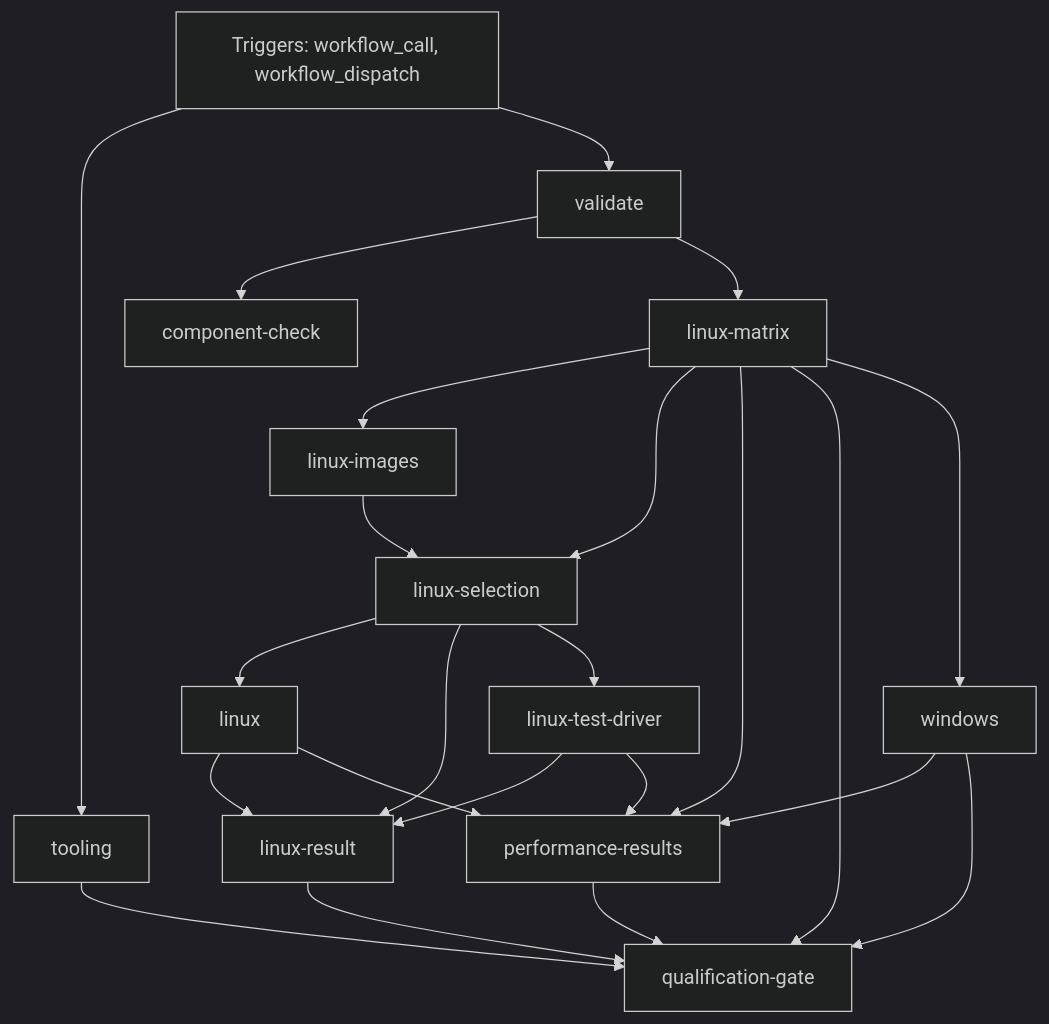
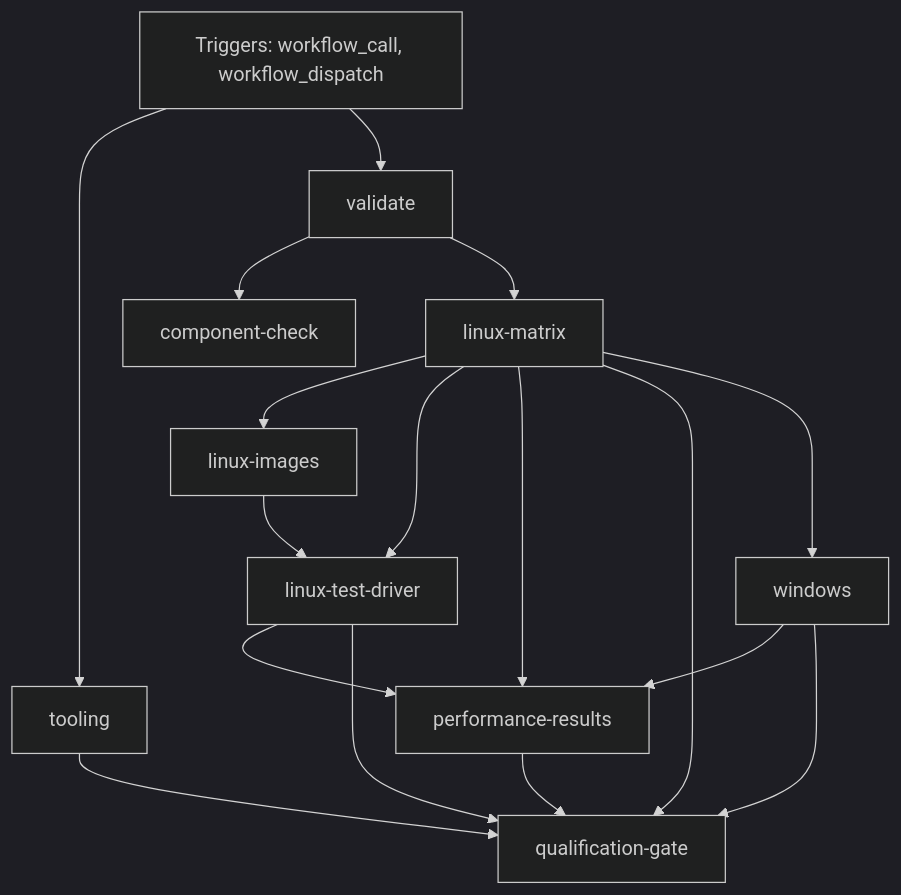
The diagram in docs/ci/github/script-ci.md (FrenchExDev2/QuietCli.PoSh), drawn with Mermaid (dark theme) before and after one commit. The commit also changed other lines of this file and 32 other files, not shown here.

Commit message:
Prepare shared Linux CI images before every consumer

```diff
--- a/docs/ci/github/script-ci.md
+++ b/docs/ci/github/script-ci.md
@@ -37,38 +35,29 @@
 ~~~mermaid
 flowchart TD
     event["Triggers: workflow_call, workflow_dispatch"]
     job_component_check["component-check"]
-    job_linux["linux"]
     job_linux_images["linux-images"]
     job_linux_matrix["linux-matrix"]
-    job_linux_result["linux-result"]
-    job_linux_selection["linux-selection"]
     job_linux_test_driver["linux-test-driver"]
     job_performance_results["performance-results"]
     job_qualification_gate["qualification-gate"]
     job_tooling["tooling"]
     job_validate["validate"]
     job_windows["windows"]
     job_validate --> job_component_check
-    job_linux_selection --> job_linux
     job_linux_matrix --> job_linux_images
     job_validate --> job_linux_matrix
-    job_linux_selection --> job_linux_result
-    job_linux --> job_linux_result
-    job_linux_test_driver --> job_linux_result
-    job_linux_matrix --> job_linux_selection
-    job_linux_images --> job_linux_selection
-    job_linux_selection --> job_linux_test_driver
+    job_linux_matrix --> job_linux_test_driver
+    job_linux_images --> job_linux_test_driver
     job_linux_matrix --> job_performance_results
     job_windows --> job_performance_results
-    job_linux --> job_performance_results
     job_linux_test_driver --> job_performance_results
     job_linux_matrix --> job_qualification_gate
     job_windows --> job_qualification_gate
-    job_linux_result --> job_qualification_gate
+    job_linux_test_driver --> job_qualification_gate
     job_performance_results --> job_qualification_gate
     job_tooling --> job_qualification_gate
     event --> job_tooling
     event --> job_validate
     job_linux_matrix --> job_windows
 ~~~
```
